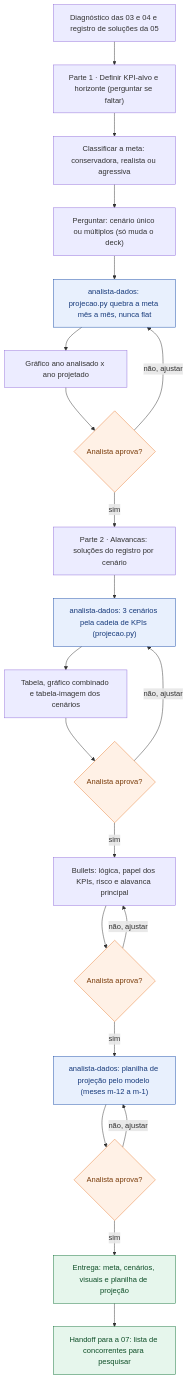
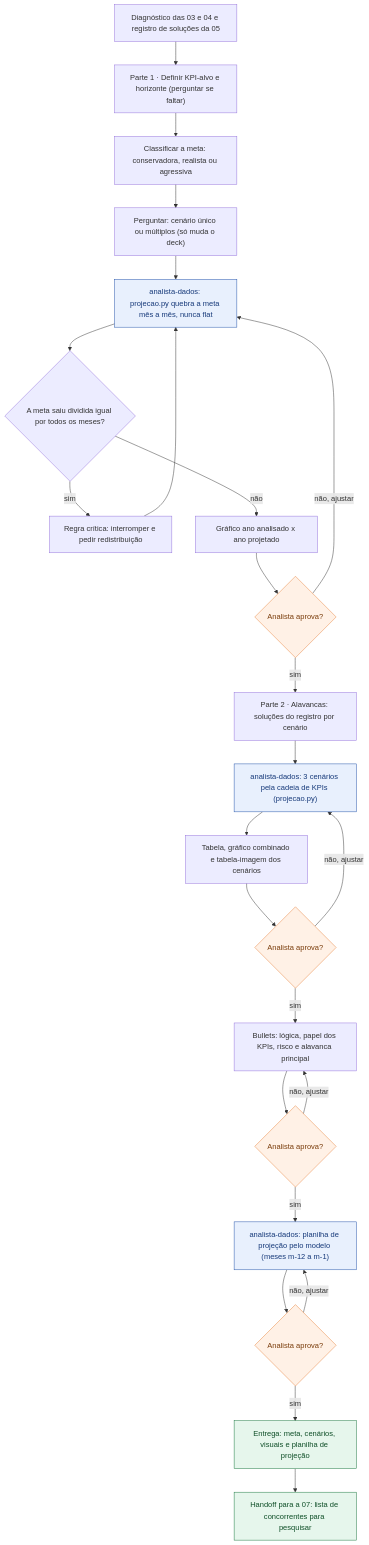
Before and after one commit to MatheusBoomer/growth-cycle-boomer: the diagram in .claude/skills/06-metas-e-cenarios/fluxo.mmd, drawn with Mermaid. The commit also changed 9 other files, not shown here.

```diff
--- a/.claude/skills/06-metas-e-cenarios/fluxo.mmd
+++ b/.claude/skills/06-metas-e-cenarios/fluxo.mmd
@@ -1,46 +1,51 @@
 flowchart TD
   I1["Diagnóstico das 03 e 04 e registro de soluções da 05"]
   P1["Parte 1 · Definir KPI-alvo e horizonte (perguntar se faltar)"]
   P2["Classificar a meta: conservadora, realista ou agressiva"]
   P3["Perguntar: cenário único ou múltiplos (só muda o deck)"]
   S1["analista-dados: projecao.py quebra a meta mês a mês, nunca flat"]
+  D0{"A meta saiu dividida igual por todos os meses?"}
+  R0["Regra crítica: interromper e pedir redistribuição"]
   P4["Gráfico ano analisado x ano projetado"]
   C1{"Analista aprova?"}
   P5["Parte 2 · Alavancas: soluções do registro por cenário"]
   S2["analista-dados: 3 cenários pela cadeia de KPIs (projecao.py)"]
   P6["Tabela, gráfico combinado e tabela-imagem dos cenários"]
   C2{"Analista aprova?"}
   P7["Bullets: lógica, papel dos KPIs, risco e alavanca principal"]
   C3{"Analista aprova?"}
   S3["analista-dados: planilha de projeção pelo modelo (meses m-12 a m-1)"]
   C4{"Analista aprova?"}
   E1["Entrega: meta, cenários, visuais e planilha de projeção"]
   H1["Handoff para a 07: lista de concorrentes para pesquisar"]
 
   I1 --> P1
   P1 --> P2
   P2 --> P3
   P3 --> S1
-  S1 --> P4
+  S1 --> D0
+  D0 -->|"sim"| R0
+  R0 --> S1
+  D0 -->|"não"| P4
   P4 --> C1
   C1 -->|"sim"| P5
   C1 -->|"não, ajustar"| S1
   P5 --> S2
   S2 --> P6
   P6 --> C2
   C2 -->|"sim"| P7
   C2 -->|"não, ajustar"| S2
   P7 --> C3
   C3 -->|"sim"| S3
   C3 -->|"não, ajustar"| P7
   S3 --> C4
   C4 -->|"sim"| E1
   C4 -->|"não, ajustar"| S3
   E1 --> H1
 
   class C1,C2,C3,C4 checkpoint
   class S1,S2,S3 subagente
   class E1,H1 entrega
   classDef checkpoint fill:#fff1e6,stroke:#e8803a,color:#7a3d0c
   classDef subagente fill:#e8f0fd,stroke:#1f4fa8,color:#173a7a
   classDef entrega fill:#e6f6ec,stroke:#16743b,color:#0f4f28
```
